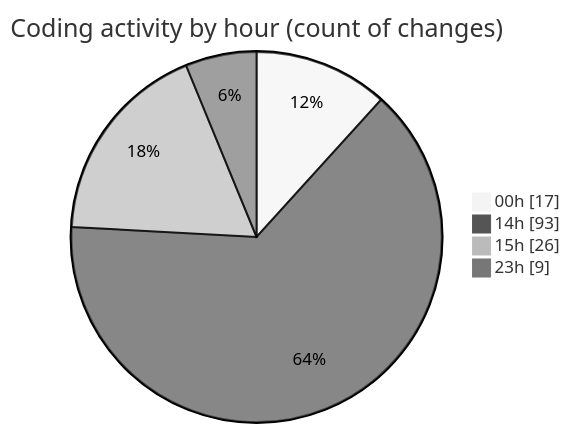
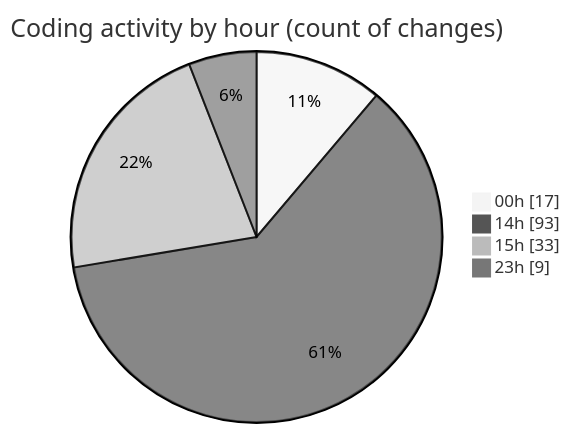
Before and after one commit to Ritupan-Deka/code-tracking: the second of 2 diagrams in 2025-07-20/mern-workoutboard/README.md, drawn with Mermaid (neutral theme). The commit also changed other lines of this file and 1 other file, not shown here.

````diff
--- a/2025-07-20/mern-workoutboard/README.md
+++ b/2025-07-20/mern-workoutboard/README.md
@@ -33,8 +33,8 @@
 ```mermaid
 pie showData
 title Coding activity by hour (count of changes)
 "00h" : 17
 "14h" : 93
-"15h" : 26
+"15h" : 33
 "23h" : 9
 ```
````
